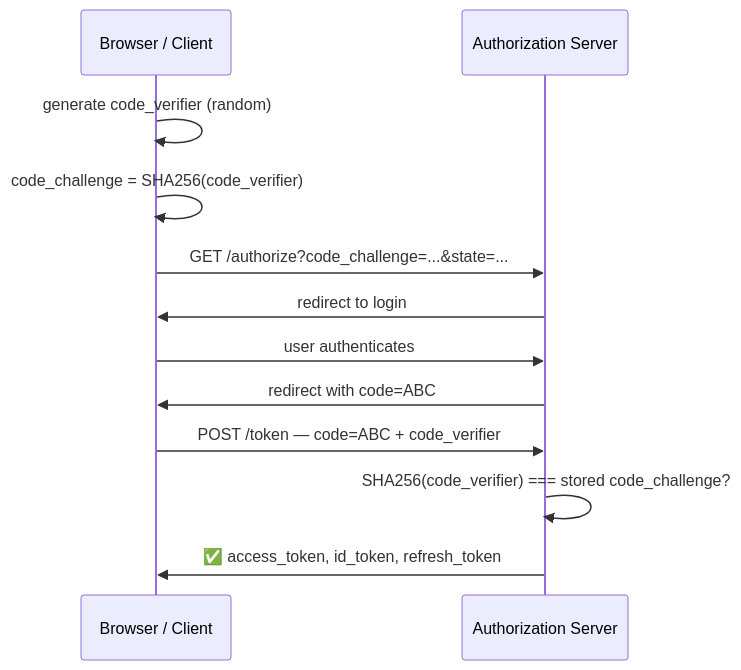
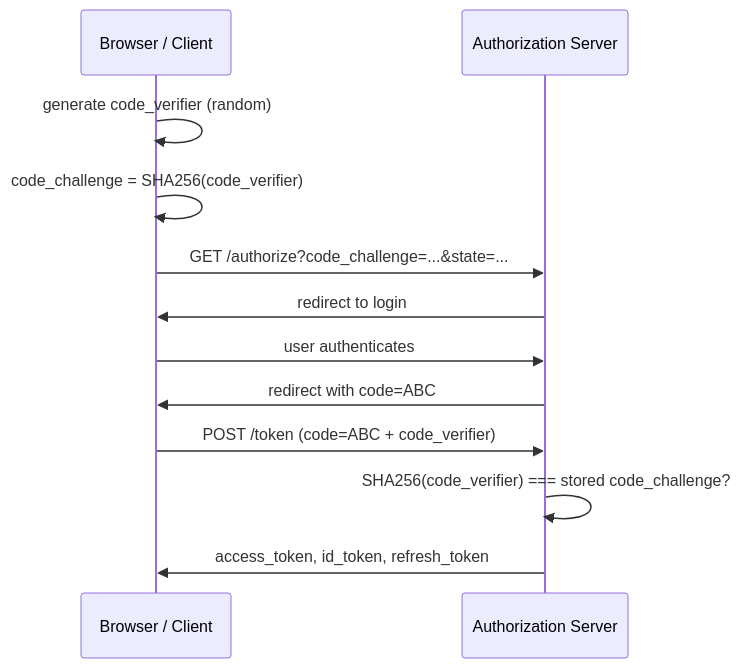
One commit to tkachenko0/article-the-browser-that-knew-too-much changed the second of 4 diagrams in README.md. Above: the diagram before and after it, drawn with Mermaid. The commit also changed other lines of this file, not shown here.

````diff
--- a/README.md
+++ b/README.md
@@ -176,15 +176,15 @@
 ```mermaid
 sequenceDiagram
     participant B as Browser / Client
     participant IDP as Authorization Server
 
     B->>B: generate code_verifier (random)
     B->>B: code_challenge = SHA256(code_verifier)
     B->>IDP: GET /authorize?code_challenge=...&state=...
     IDP->>B: redirect to login
     B->>IDP: user authenticates
     IDP->>B: redirect with code=ABC
-    B->>IDP: POST /token — code=ABC + code_verifier
+    B->>IDP: POST /token (code=ABC + code_verifier)
     IDP->>IDP: SHA256(code_verifier) === stored code_challenge?
-    IDP->>B: ✅ access_token, id_token, refresh_token
+    IDP->>B: access_token, id_token, refresh_token
 ```
````
